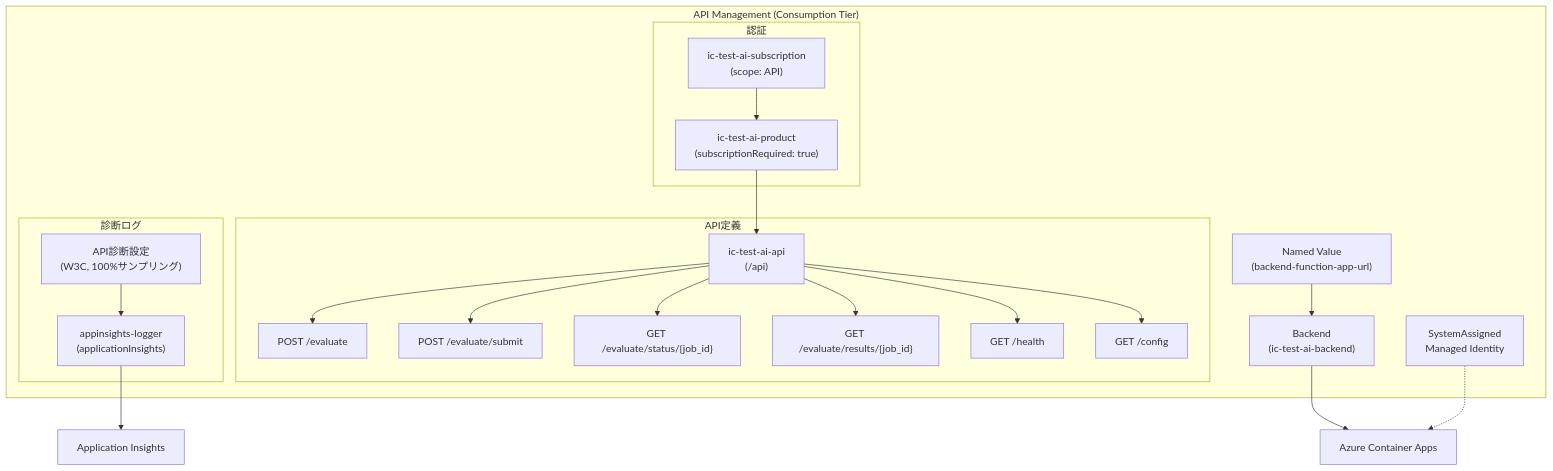
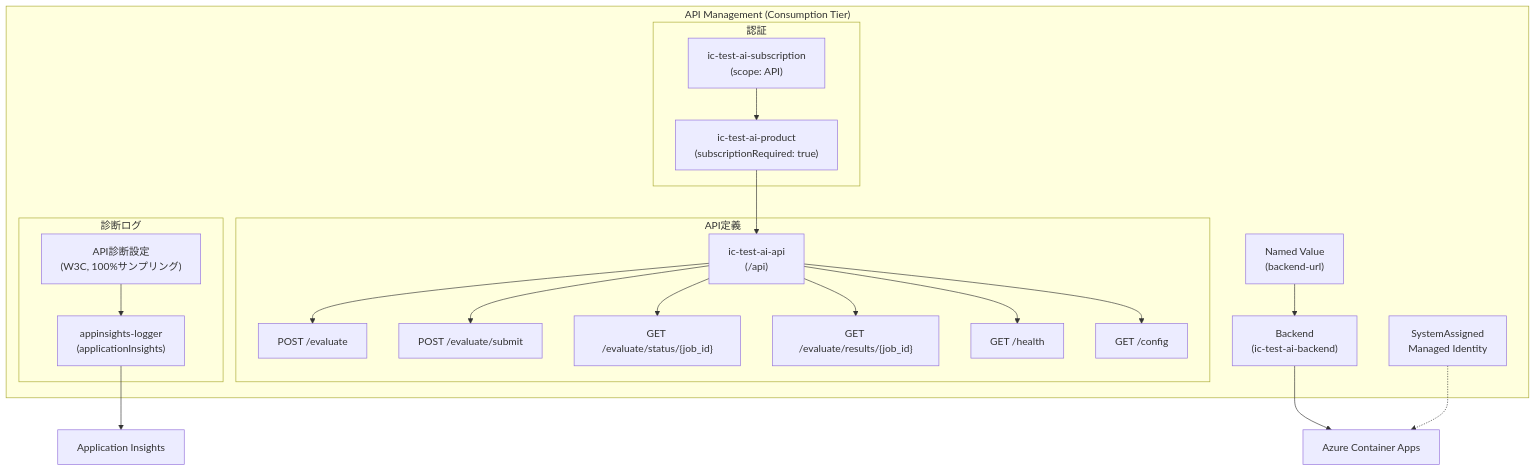
Before and after one commit to GEJFY/ic-test-ai-agent: the second of 7 diagrams in docs/architecture/API_GATEWAY_DESIGN.md, drawn with Mermaid. The commit also changed other lines of this file and 37 other files, not shown here.

````diff
--- a/docs/architecture/API_GATEWAY_DESIGN.md
+++ b/docs/architecture/API_GATEWAY_DESIGN.md
@@ -116,41 +116,41 @@
 ```mermaid
 flowchart TB
     subgraph APIM["API Management (Consumption Tier)"]
         Identity["SystemAssigned<br/>Managed Identity"]
 
         subgraph APIDefinition["API定義"]
             API["ic-test-ai-api<br/>(/api)"]
             OP1["POST /evaluate"]
             OP2["POST /evaluate/submit"]
             OP3["GET /evaluate/status/{job_id}"]
             OP4["GET /evaluate/results/{job_id}"]
             OP5["GET /health"]
             OP6["GET /config"]
         end
 
         subgraph Auth["認証"]
             Product["ic-test-ai-product<br/>(subscriptionRequired: true)"]
             Subscription["ic-test-ai-subscription<br/>(scope: API)"]
         end
 
         subgraph Logging["診断ログ"]
             Logger["appinsights-logger<br/>(applicationInsights)"]
             Diagnostic["API診断設定<br/>(W3C, 100%サンプリング)"]
         end
 
-        NV["Named Value<br/>(backend-function-app-url)"]
+        NV["Named Value<br/>(backend-url)"]
         Backend["Backend<br/>(ic-test-ai-backend)"]
     end
 
     AppInsights["Application Insights"]
     ContainerApp["Azure Container Apps"]
 
     API --> OP1 & OP2 & OP3 & OP4 & OP5 & OP6
     Product --> API
     Subscription --> Product
     Logger --> AppInsights
     Diagnostic --> Logger
     Backend --> ContainerApp
     NV --> Backend
     Identity -.-> ContainerApp
 ```
````
